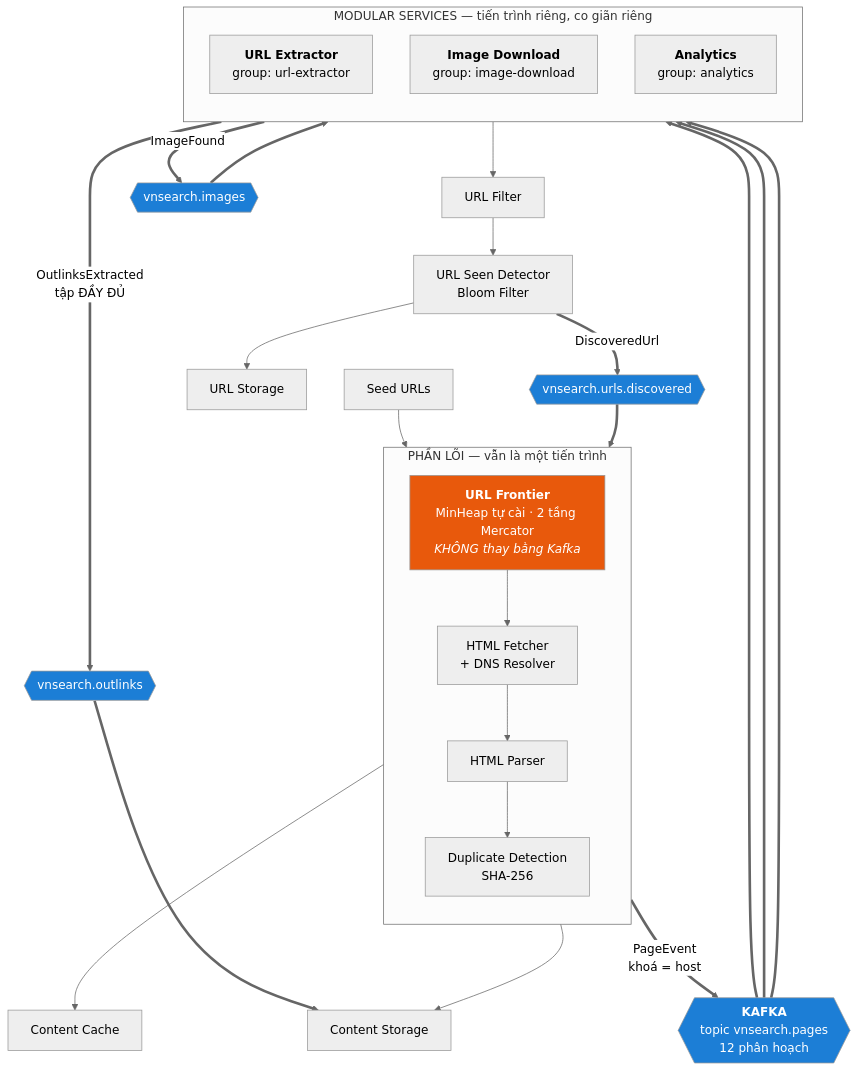
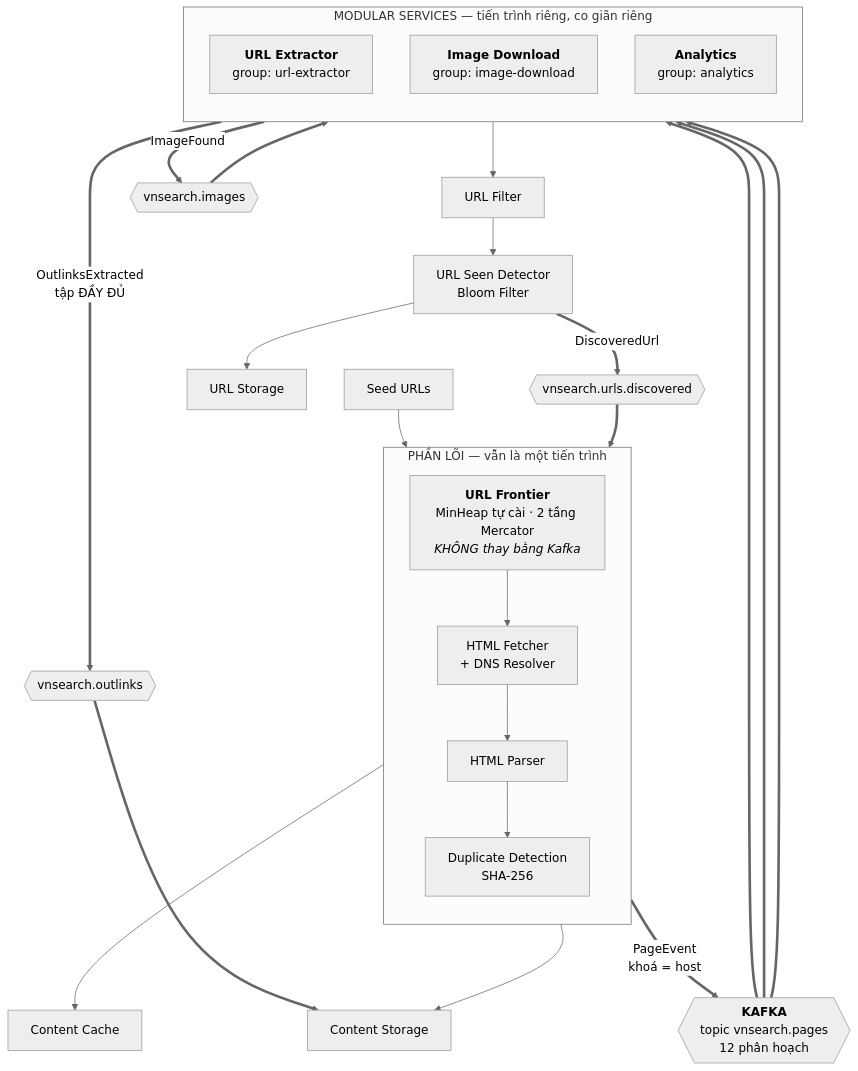
The first of 3 diagrams in docs/Math/10-kafka/00-SO-DO-TU-DUY.md (KietAnhCS/CocCoc-Plus), drawn with Mermaid (neutral theme) before and after one commit. The commit also changed other lines of this file and 73 other files, not shown here.

First line of the commit message:
docs: fix drift and add diagrams (#22)

````diff
--- a/docs/Math/10-kafka/00-SO-DO-TU-DUY.md
+++ b/docs/Math/10-kafka/00-SO-DO-TU-DUY.md
@@ -12,50 +12,44 @@
 ```mermaid
 flowchart TB
     seed["Seed URLs"] --> frontier
 
     subgraph loi["PHẦN LÕI — vẫn là một tiến trình"]
         direction TB
         frontier["<b>URL Frontier</b><br/>MinHeap tự cài · 2 tầng Mercator<br/><i>KHÔNG thay bằng Kafka</i>"]
         fetch["HTML Fetcher<br/>+ DNS Resolver"]
         parse["HTML Parser"]
         dup["Duplicate Detection<br/>SHA-256"]
         frontier --> fetch --> parse --> dup
     end
 
     dup --> cache["Content Cache"]
     dup --> store["Content Storage"]
 
     dup ==>|"PageEvent<br/>khoá = host"| kafka
 
     kafka{{"<b>KAFKA</b><br/>topic vnsearch.pages<br/>12 phân hoạch"}}
 
     subgraph mod["MODULAR SERVICES — tiến trình riêng, co giãn riêng"]
         direction TB
         ext["<b>URL Extractor</b><br/>group: url-extractor"]
         img["<b>Image Download</b><br/>group: image-download"]
         ana["<b>Analytics</b><br/>group: analytics"]
     end
 
     kafka ==> ext
     kafka ==> img
     kafka ==> ana
 
     ext --> filter["URL Filter"]
     filter --> seen["URL Seen Detector<br/>Bloom Filter"]
     seen --> urlstore["URL Storage"]
 
     seen ==>|"DiscoveredUrl"| kafka2{{"vnsearch.urls.discovered"}}
     kafka2 ==> frontier
 
     ext ==>|"OutlinksExtracted<br/>tập ĐẦY ĐỦ"| kafka3{{"vnsearch.outlinks"}}
     kafka3 ==> store
 
     img ==>|"ImageFound"| kafka4{{"vnsearch.images"}}
     kafka4 ==> ana
-
-    style frontier fill:#e8590c,color:#fff
-    style kafka fill:#1c7ed6,color:#fff
-    style kafka2 fill:#1c7ed6,color:#fff
-    style kafka3 fill:#1c7ed6,color:#fff
-    style kafka4 fill:#1c7ed6,color:#fff
 ```
````
